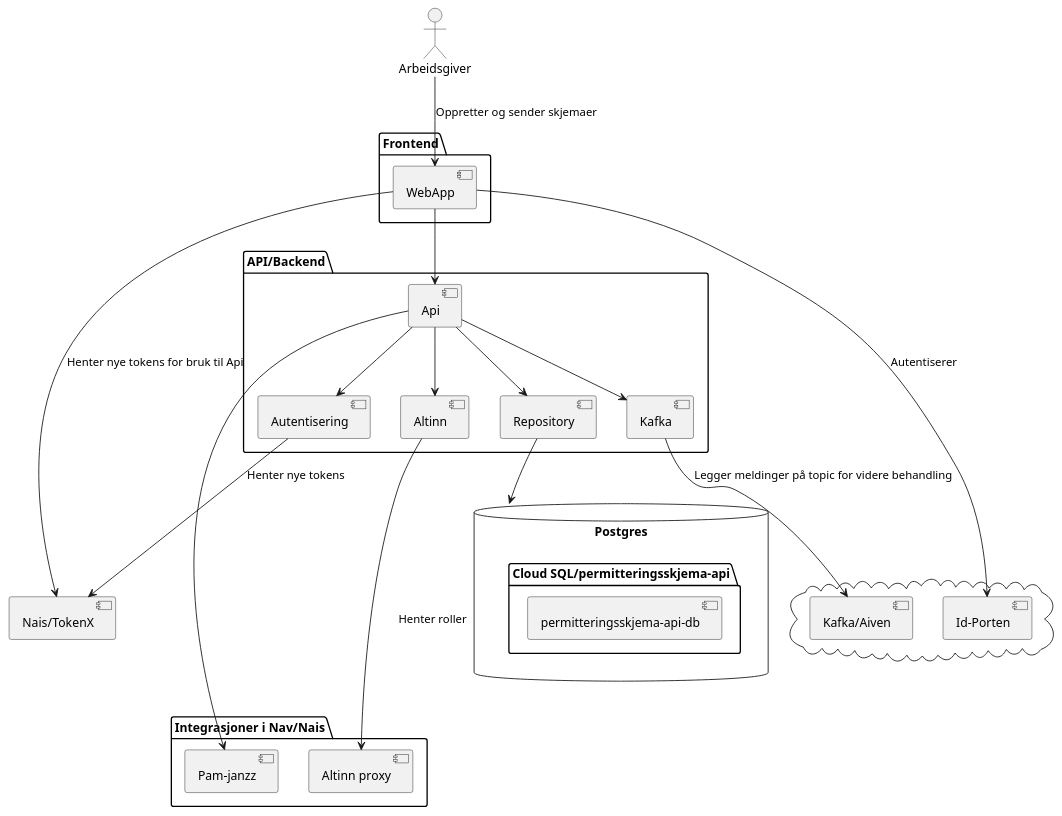
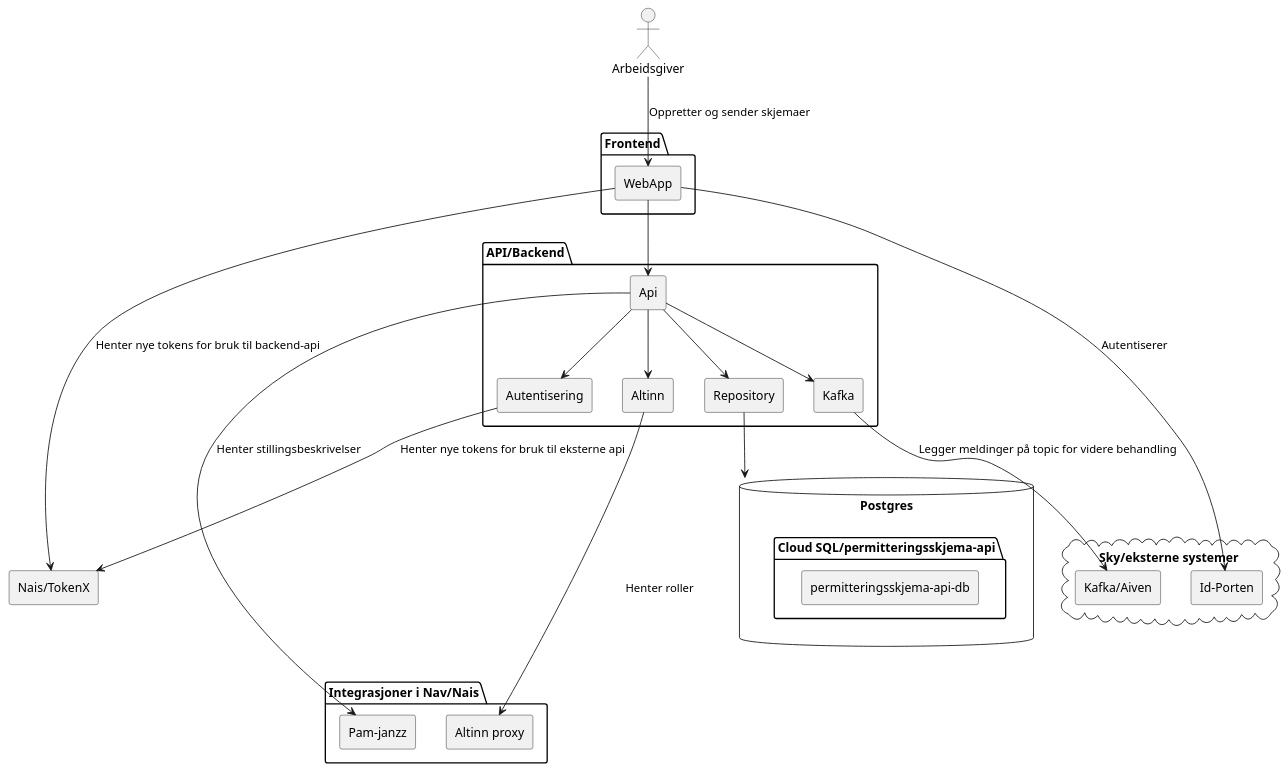
One commit to navikt/permittering-og-nedbemanning changed the diagram in docs/permitteringsmelding.puml. Above: the diagram before and after it, drawn with PlantUML. The commit also changed 2 other files, not shown here.

Commit message:
Lagt til skisse

```diff
--- a/docs/permitteringsmelding.puml
+++ b/docs/permitteringsmelding.puml
@@ -1,47 +1,48 @@
 @startuml
+skinparam componentStyle rectangle
 package "API/Backend" {
   [Api]
   [Altinn]
   [Kafka]
   [Autentisering]
   [Repository]
 }
 
 package "Frontend" {
   [WebApp]
 }
 
-cloud {
+cloud "Sky/eksterne systemer" {
   [Kafka/Aiven]
   [Id-Porten]
 }
 
 package "Integrasjoner i Nav/Nais" {
   [Altinn proxy]
   [Pam-janzz]
 }
 
 actor Arbeidsgiver
 
 [Nais/TokenX]
 
 database "Postgres" {
   folder "Cloud SQL/permitteringsskjema-api" {
     [permitteringsskjema-api-db]
   }
 }
 
 Arbeidsgiver --> [WebApp] : Oppretter og sender skjemaer
 [Kafka] --> [Kafka/Aiven] : Legger meldinger på topic for videre behandling
-[Autentisering] --> [Nais/TokenX] : Henter nye tokens
-[WebApp] --> [Nais/TokenX] : Henter nye tokens for bruk til Api
+[Autentisering] --> [Nais/TokenX] : Henter nye tokens for bruk til eksterne api
+[WebApp] --> [Nais/TokenX] : Henter nye tokens for bruk til backend-api
 [WebApp] --> [Api]
 [WebApp] --> [Id-Porten] : Autentiserer
 [Api] --> [Altinn]
 [Api] --> [Kafka]
 [Api] --> [Autentisering]
 [Api] --> [Repository]
-[Api] --> [Pam-janzz]
+[Api] --> [Pam-janzz] : Henter stillingsbeskrivelser
 [Altinn] ---> [Altinn proxy] : Henter roller
 Repository--> Postgres
 @enduml
```
